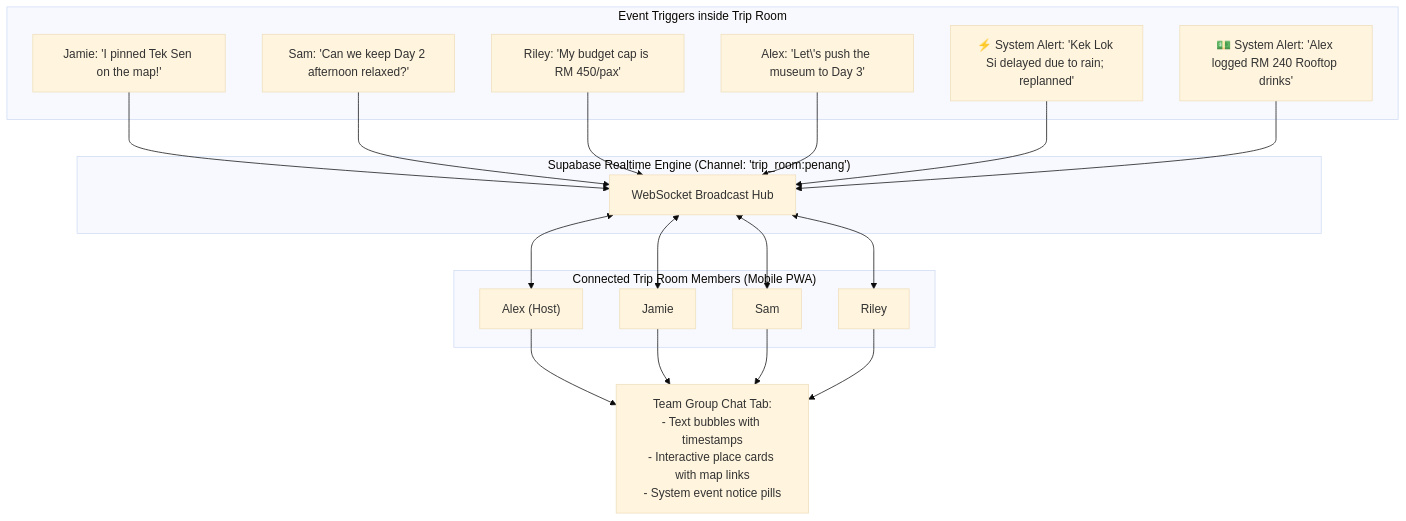
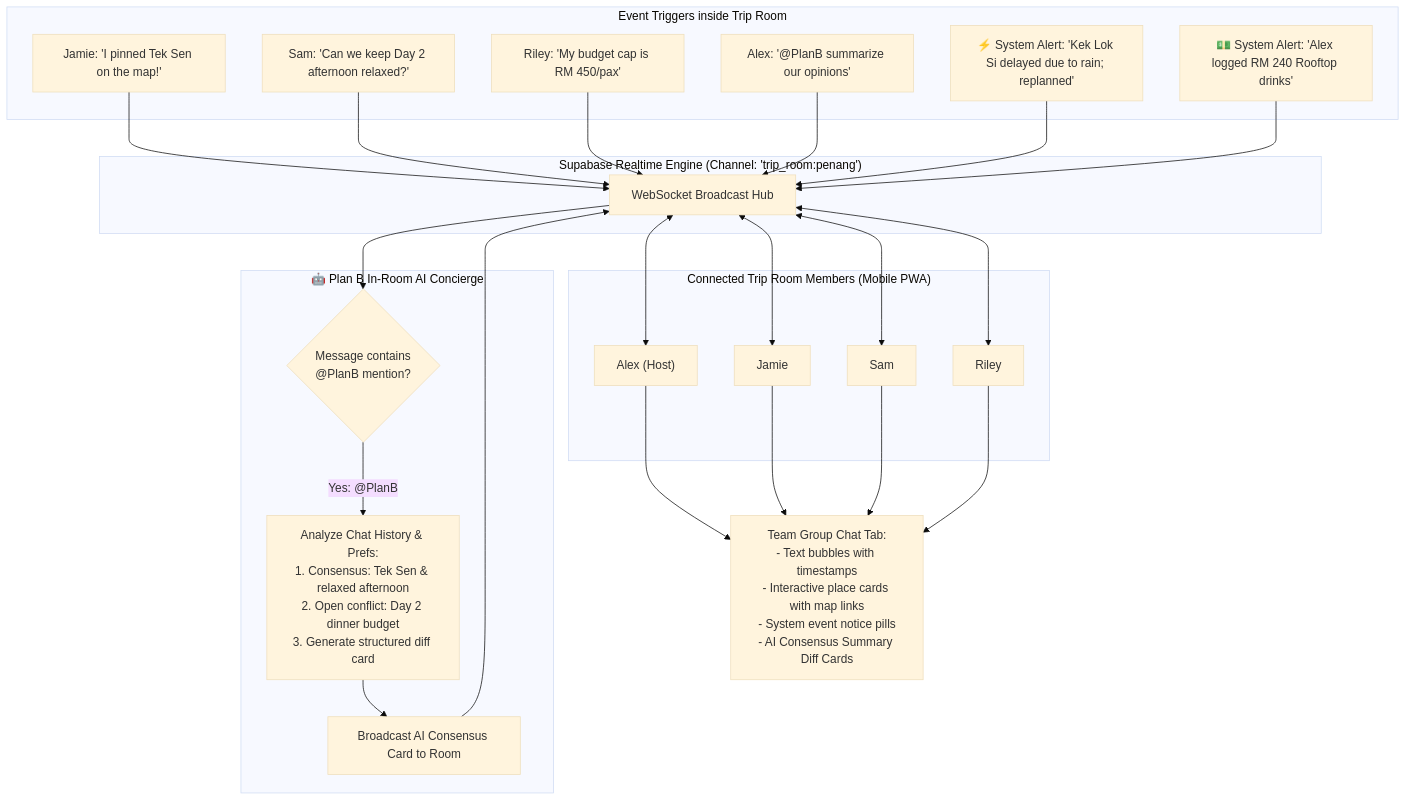
One commit to nlzce/We-are-the-champions_Plan-B changed the tenth of 15 diagrams in README.md. Above: the diagram before and after it, drawn with Mermaid (base theme). The commit also changed other lines of this file, not shown here.

Commit message:
docs: integrate group opinion and chat consensus summarizer across architecture diagrams

````diff
--- a/README.md
+++ b/README.md
@@ -438,39 +445,50 @@
 ```mermaid
 flowchart TD
   subgraph ROOM_CLIENTS["Connected Trip Room Members (Mobile PWA)"]
     ClientA["Alex (Host)"]
     ClientB["Jamie"]
     ClientC["Sam"]
     ClientD["Riley"]
   end
 
   subgraph SUPABASE_RT["Supabase Realtime Engine (Channel: 'trip_room:penang')"]
     Broadcaster["WebSocket Broadcast Hub"]
   end
 
   subgraph EVENTS["Event Triggers inside Trip Room"]
     HumanMsg["Jamie: 'I pinned Tek Sen on the map!'"]
     SamMsg["Sam: 'Can we keep Day 2 afternoon relaxed?'"]
     RileyMsg["Riley: 'My budget cap is RM 450/pax'"]
-    ConsensusMsg["Alex: 'Let\'s push the museum to Day 3'"]
+    MentionMsg["Alex: '@PlanB summarize our opinions'"]
     ReplanAlert["⚡ System Alert: 'Kek Lok Si delayed due to rain; replanned'"]
     SpendAlert["💵 System Alert: 'Alex logged RM 240 Rooftop drinks'"]
+  end
+
+  subgraph AI_CONCIERGE["🤖 Plan B In-Room AI Concierge"]
+    DetectMention{"Message contains<br/>@PlanB mention?"}
+    SummarizeChat["Analyze Chat History & Prefs:<br/>1. Consensus: Tek Sen & relaxed afternoon<br/>2. Open conflict: Day 2 dinner budget<br/>3. Generate structured diff card"]
+    ReplyBroadcast["Broadcast AI Consensus Card to Room"]
   end
 
   HumanMsg --> Broadcaster
   SamMsg --> Broadcaster
   RileyMsg --> Broadcaster
-  ConsensusMsg --> Broadcaster
+  MentionMsg --> Broadcaster
   ReplanAlert --> Broadcaster
   SpendAlert --> Broadcaster
+
+  Broadcaster --> DetectMention
+  DetectMention -->|Yes: @PlanB| SummarizeChat
+  SummarizeChat --> ReplyBroadcast
+  ReplyBroadcast --> Broadcaster
 
   Broadcaster <--> ClientA
   Broadcaster <--> ClientB
   Broadcaster <--> ClientC
   Broadcaster <--> ClientD
 
-  ClientA --> ChatUI["Team Group Chat Tab:<br/>- Text bubbles with timestamps<br/>- Interactive place cards with map links<br/>- System event notice pills"]
+  ClientA --> ChatUI["Team Group Chat Tab:<br/>- Text bubbles with timestamps<br/>- Interactive place cards with map links<br/>- System event notice pills<br/>- AI Consensus Summary Diff Cards"]
   ClientB --> ChatUI
   ClientC --> ChatUI
   ClientD --> ChatUI
 ```
````
